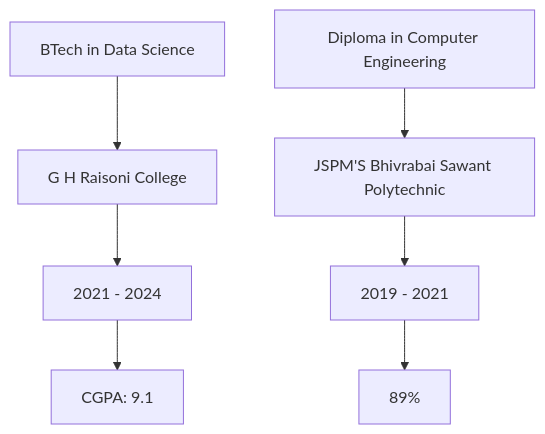
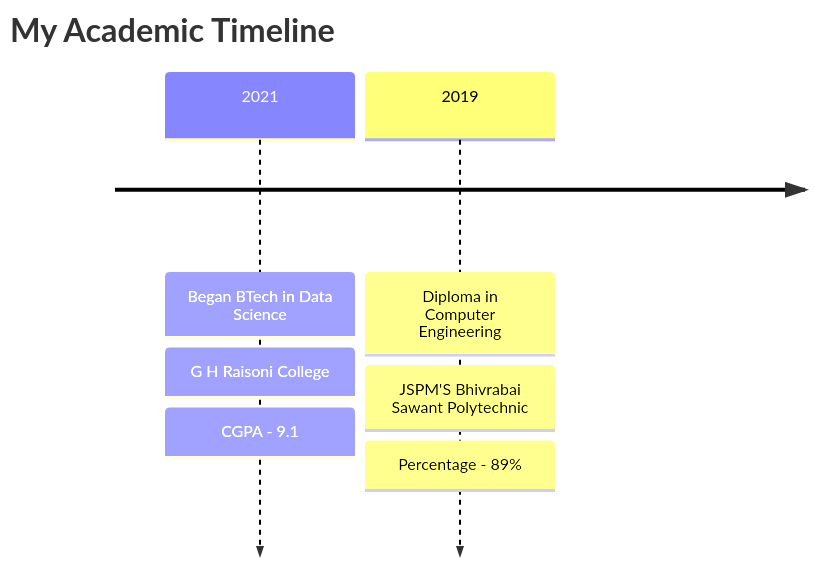
One commit to Yashashree1111/Yashashree1111 changed the diagram in README.md. Above: the diagram before and after it, drawn with Mermaid. The commit also changed other lines of this file, not shown here.

````diff
--- a/README.md
+++ b/README.md
@@ -188,10 +124,10 @@
 ```mermaid
-graph TD
-    A[BTech in Data Science] --> B[G H Raisoni College]
-    B --> C[2021 - 2024]
-    C --> D[CGPA: 9.1]
-    
-    E[Diploma in Computer Engineering] --> F[JSPM'S Bhivrabai Sawant Polytechnic]
-    F --> G[2019 - 2021]
-    G --> H[89%]
+timeline
+    title My Academic Timeline
+    2021 : Began BTech in Data Science
+         : G H Raisoni College
+         : CGPA - 9.1
+    2019 : Diploma in Computer Engineering
+         : JSPM'S Bhivrabai Sawant Polytechnic
+         : Percentage - 89%
 ```
````
